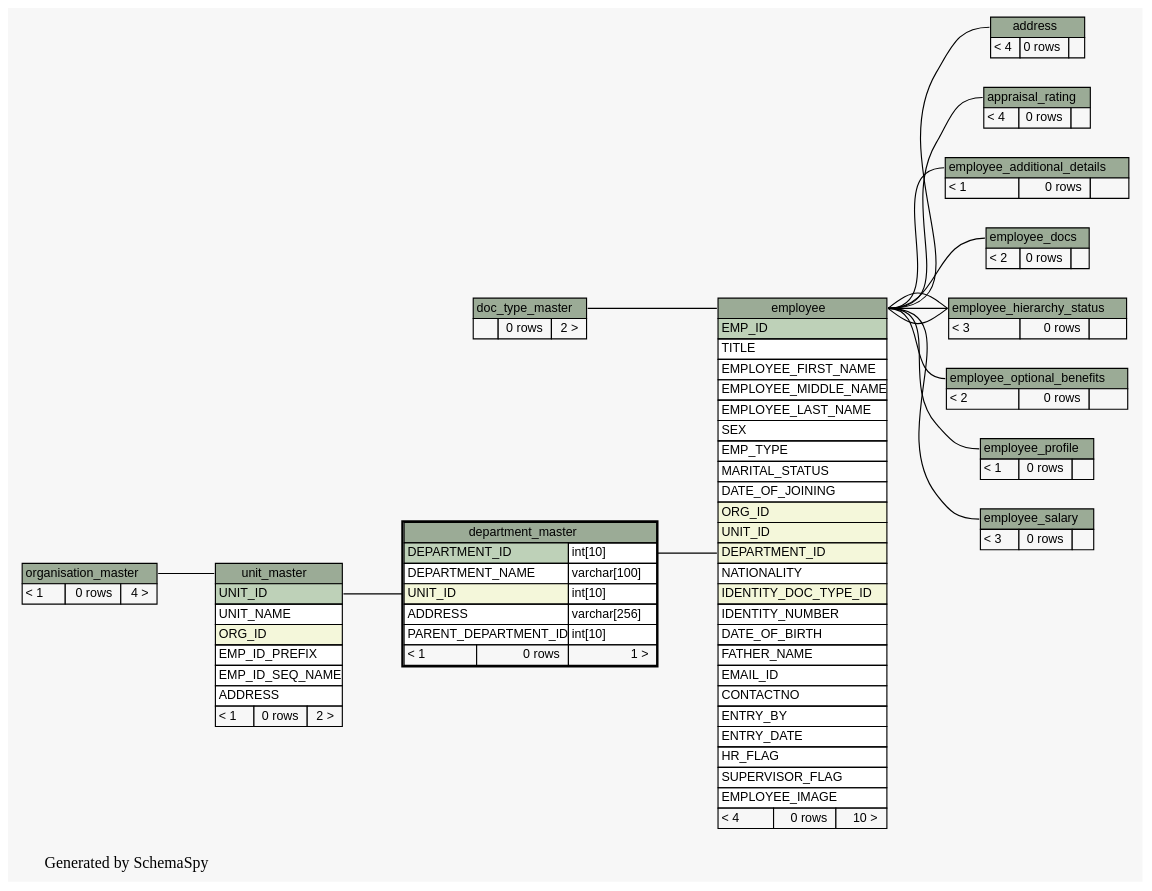
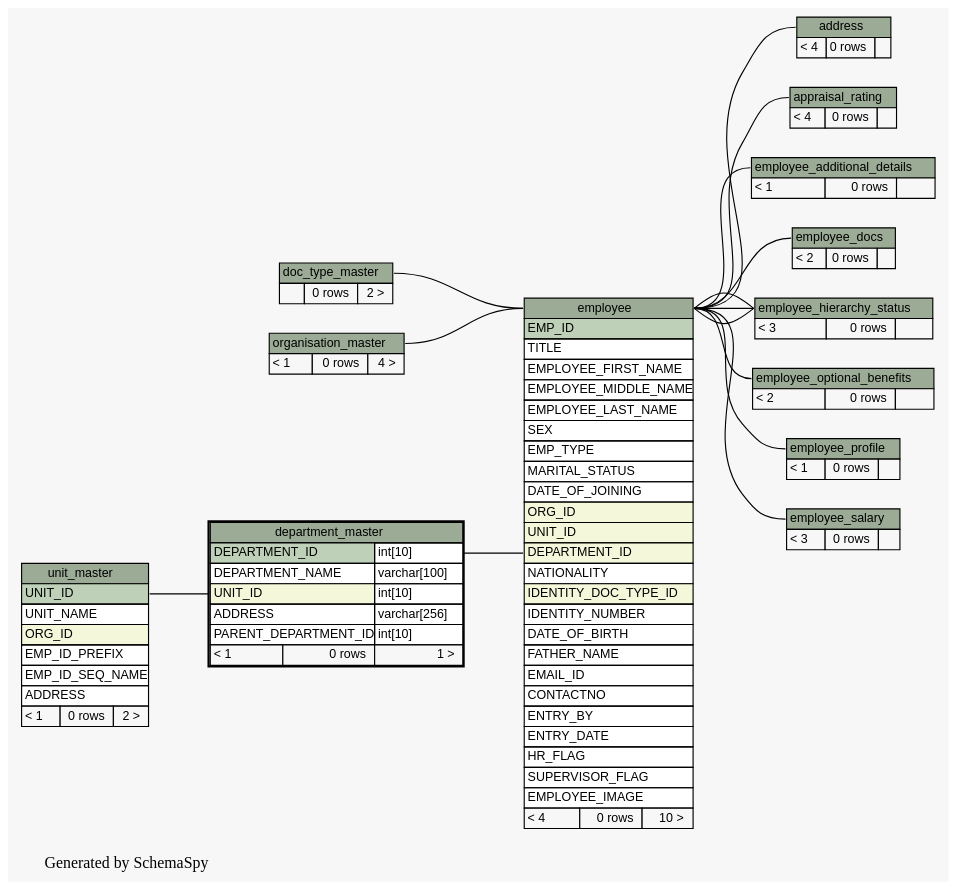
The diagram in docs/database/schemaspy/graphs/department_master.2degrees.dot (engineerscraft/hrms), drawn with Graphviz before and after one commit. The commit also changed 94 other files, not shown here.

```diff
--- a/docs/database/schemaspy/graphs/department_master.2degrees.dot
+++ b/docs/database/schemaspy/graphs/department_master.2degrees.dot
@@ -1,183 +1,183 @@
 // dot 2.38.0 on Windows 7 6.1
 digraph "twoDegreesRelationshipsGraph" {
   graph [
     rankdir="RL"
     bgcolor="#f7f7f7"
     label="\nGenerated by SchemaSpy"
     labeljust="l"
   ];
   node [
     fontname="Helvetica"
     fontsize="11"
     shape="plaintext"
   ];
   edge [
     arrowsize="0.8"
   ];
   "address":"address.heading":w -> "employee":"employee.heading":e [arrowtail=tee arrowhead=none];
   "appraisal_rating":"appraisal_rating.heading":w -> "employee":"employee.heading":e [arrowtail=crowtee arrowhead=none];
   "department_master":"UNIT_ID":w -> "unit_master":"UNIT_ID":e [arrowtail=crowodot arrowhead=none];
   "employee":"DEPARTMENT_ID":w -> "department_master":"DEPARTMENT_ID.type":e [arrowtail=crowodot arrowhead=none];
   "employee":"employee.heading":w -> "doc_type_master":"doc_type_master.heading":e [arrowtail=crowodot arrowhead=none];
+  "employee":"employee.heading":w -> "organisation_master":"organisation_master.heading":e [arrowtail=crowodot arrowhead=none];
   "employee_additional_details":"employee_additional_details.heading":w -> "employee":"employee.heading":e [arrowtail=tee arrowhead=none];
   "employee_docs":"employee_docs.heading":w -> "employee":"employee.heading":e [arrowtail=crowtee arrowhead=none];
   "employee_hierarchy_status":"employee_hierarchy_status.heading":w -> "employee":"employee.heading":e [arrowtail=tee arrowhead=none];
   "employee_hierarchy_status":"employee_hierarchy_status.heading":w -> "employee":"employee.heading":e [arrowtail=crowodot arrowhead=none];
   "employee_hierarchy_status":"employee_hierarchy_status.heading":w -> "employee":"employee.heading":e [arrowtail=crowodot arrowhead=none];
   "employee_optional_benefits":"employee_optional_benefits.heading":w -> "employee":"employee.heading":e [arrowtail=crowodot arrowhead=none];
   "employee_profile":"employee_profile.heading":w -> "employee":"employee.heading":e [arrowtail=tee arrowhead=none];
   "employee_salary":"employee_salary.heading":w -> "employee":"employee.heading":e [arrowtail=crowtee arrowhead=none];
-  "unit_master":"unit_master.heading":w -> "organisation_master":"organisation_master.heading":e [arrowtail=crowodot arrowhead=none];
   "address" [
     label=<
     <TABLE BORDER="0" CELLBORDER="1" CELLSPACING="0" BGCOLOR="#ffffff">
       <TR><TD PORT="address.heading" COLSPAN="3" BGCOLOR="#9bab96" ALIGN="CENTER">address</TD></TR>
       <TR><TD ALIGN="LEFT" BGCOLOR="#f7f7f7">&lt; 4</TD><TD ALIGN="RIGHT" BGCOLOR="#f7f7f7">0 rows</TD><TD ALIGN="RIGHT" BGCOLOR="#f7f7f7">  </TD></TR>
     </TABLE>>
     URL="address.html#graph"
     tooltip="address"
   ];
   "appraisal_rating" [
     label=<
     <TABLE BORDER="0" CELLBORDER="1" CELLSPACING="0" BGCOLOR="#ffffff">
       <TR><TD PORT="appraisal_rating.heading" COLSPAN="3" BGCOLOR="#9bab96" ALIGN="CENTER">appraisal_rating</TD></TR>
       <TR><TD ALIGN="LEFT" BGCOLOR="#f7f7f7">&lt; 4</TD><TD ALIGN="RIGHT" BGCOLOR="#f7f7f7">0 rows</TD><TD ALIGN="RIGHT" BGCOLOR="#f7f7f7">  </TD></TR>
     </TABLE>>
     URL="appraisal_rating.html#graph"
     tooltip="appraisal_rating"
   ];
   "department_master" [
     label=<
     <TABLE BORDER="2" CELLBORDER="1" CELLSPACING="0" BGCOLOR="#ffffff">
       <TR><TD PORT="department_master.heading" COLSPAN="3" BGCOLOR="#9bab96" ALIGN="CENTER">department_master</TD></TR>
       <TR><TD PORT="DEPARTMENT_ID" COLSPAN="2" BGCOLOR="#bed1b8" ALIGN="LEFT">DEPARTMENT_ID</TD><TD PORT="DEPARTMENT_ID.type" ALIGN="LEFT">int[10]</TD></TR>
       <TR><TD PORT="DEPARTMENT_NAME" COLSPAN="2" ALIGN="LEFT">DEPARTMENT_NAME</TD><TD PORT="DEPARTMENT_NAME.type" ALIGN="LEFT">varchar[100]</TD></TR>
       <TR><TD PORT="UNIT_ID" COLSPAN="2" BGCOLOR="#f4f7da" ALIGN="LEFT">UNIT_ID</TD><TD PORT="UNIT_ID.type" ALIGN="LEFT">int[10]</TD></TR>
       <TR><TD PORT="ADDRESS" COLSPAN="2" ALIGN="LEFT">ADDRESS</TD><TD PORT="ADDRESS.type" ALIGN="LEFT">varchar[256]</TD></TR>
       <TR><TD PORT="PARENT_DEPARTMENT_ID" COLSPAN="2" ALIGN="LEFT">PARENT_DEPARTMENT_ID</TD><TD PORT="PARENT_DEPARTMENT_ID.type" ALIGN="LEFT">int[10]</TD></TR>
       <TR><TD ALIGN="LEFT" BGCOLOR="#f7f7f7">&lt; 1</TD><TD ALIGN="RIGHT" BGCOLOR="#f7f7f7">0 rows</TD><TD ALIGN="RIGHT" BGCOLOR="#f7f7f7">1 &gt;</TD></TR>
     </TABLE>>
     URL="department_master.html#"
     tooltip="department_master"
   ];
   "doc_type_master" [
     label=<
     <TABLE BORDER="0" CELLBORDER="1" CELLSPACING="0" BGCOLOR="#ffffff">
       <TR><TD PORT="doc_type_master.heading" COLSPAN="3" BGCOLOR="#9bab96" ALIGN="CENTER">doc_type_master</TD></TR>
       <TR><TD ALIGN="LEFT" BGCOLOR="#f7f7f7">  </TD><TD ALIGN="RIGHT" BGCOLOR="#f7f7f7">0 rows</TD><TD ALIGN="RIGHT" BGCOLOR="#f7f7f7">2 &gt;</TD></TR>
     </TABLE>>
     URL="doc_type_master.html#graph"
     tooltip="doc_type_master"
   ];
   "employee" [
     label=<
     <TABLE BORDER="0" CELLBORDER="1" CELLSPACING="0" BGCOLOR="#ffffff">
       <TR><TD PORT="employee.heading" COLSPAN="3" BGCOLOR="#9bab96" ALIGN="CENTER">employee</TD></TR>
       <TR><TD PORT="EMP_ID" COLSPAN="3" BGCOLOR="#bed1b8" ALIGN="LEFT">EMP_ID</TD></TR>
       <TR><TD PORT="TITLE" COLSPAN="3" ALIGN="LEFT">TITLE</TD></TR>
       <TR><TD PORT="EMPLOYEE_FIRST_NAME" COLSPAN="3" ALIGN="LEFT">EMPLOYEE_FIRST_NAME</TD></TR>
       <TR><TD PORT="EMPLOYEE_MIDDLE_NAME" COLSPAN="3" ALIGN="LEFT">EMPLOYEE_MIDDLE_NAME</TD></TR>
       <TR><TD PORT="EMPLOYEE_LAST_NAME" COLSPAN="3" ALIGN="LEFT">EMPLOYEE_LAST_NAME</TD></TR>
       <TR><TD PORT="SEX" COLSPAN="3" ALIGN="LEFT">SEX</TD></TR>
       <TR><TD PORT="EMP_TYPE" COLSPAN="3" ALIGN="LEFT">EMP_TYPE</TD></TR>
       <TR><TD PORT="MARITAL_STATUS" COLSPAN="3" ALIGN="LEFT">MARITAL_STATUS</TD></TR>
       <TR><TD PORT="DATE_OF_JOINING" COLSPAN="3" ALIGN="LEFT">DATE_OF_JOINING</TD></TR>
       <TR><TD PORT="ORG_ID" COLSPAN="3" BGCOLOR="#f4f7da" ALIGN="LEFT">ORG_ID</TD></TR>
       <TR><TD PORT="UNIT_ID" COLSPAN="3" BGCOLOR="#f4f7da" ALIGN="LEFT">UNIT_ID</TD></TR>
       <TR><TD PORT="DEPARTMENT_ID" COLSPAN="3" BGCOLOR="#f4f7da" ALIGN="LEFT">DEPARTMENT_ID</TD></TR>
       <TR><TD PORT="NATIONALITY" COLSPAN="3" ALIGN="LEFT">NATIONALITY</TD></TR>
       <TR><TD PORT="IDENTITY_DOC_TYPE_ID" COLSPAN="3" BGCOLOR="#f4f7da" ALIGN="LEFT">IDENTITY_DOC_TYPE_ID</TD></TR>
       <TR><TD PORT="IDENTITY_NUMBER" COLSPAN="3" ALIGN="LEFT">IDENTITY_NUMBER</TD></TR>
       <TR><TD PORT="DATE_OF_BIRTH" COLSPAN="3" ALIGN="LEFT">DATE_OF_BIRTH</TD></TR>
       <TR><TD PORT="FATHER_NAME" COLSPAN="3" ALIGN="LEFT">FATHER_NAME</TD></TR>
       <TR><TD PORT="EMAIL_ID" COLSPAN="3" ALIGN="LEFT">EMAIL_ID</TD></TR>
       <TR><TD PORT="CONTACTNO" COLSPAN="3" ALIGN="LEFT">CONTACTNO</TD></TR>
       <TR><TD PORT="ENTRY_BY" COLSPAN="3" ALIGN="LEFT">ENTRY_BY</TD></TR>
       <TR><TD PORT="ENTRY_DATE" COLSPAN="3" ALIGN="LEFT">ENTRY_DATE</TD></TR>
       <TR><TD PORT="HR_FLAG" COLSPAN="3" ALIGN="LEFT">HR_FLAG</TD></TR>
       <TR><TD PORT="SUPERVISOR_FLAG" COLSPAN="3" ALIGN="LEFT">SUPERVISOR_FLAG</TD></TR>
       <TR><TD PORT="EMPLOYEE_IMAGE" COLSPAN="3" ALIGN="LEFT">EMPLOYEE_IMAGE</TD></TR>
       <TR><TD ALIGN="LEFT" BGCOLOR="#f7f7f7">&lt; 4</TD><TD ALIGN="RIGHT" BGCOLOR="#f7f7f7">0 rows</TD><TD ALIGN="RIGHT" BGCOLOR="#f7f7f7">10 &gt;</TD></TR>
     </TABLE>>
     URL="employee.html#graph"
     tooltip="employee"
   ];
   "employee_additional_details" [
     label=<
     <TABLE BORDER="0" CELLBORDER="1" CELLSPACING="0" BGCOLOR="#ffffff">
       <TR><TD PORT="employee_additional_details.heading" COLSPAN="3" BGCOLOR="#9bab96" ALIGN="CENTER">employee_additional_details</TD></TR>
       <TR><TD ALIGN="LEFT" BGCOLOR="#f7f7f7">&lt; 1</TD><TD ALIGN="RIGHT" BGCOLOR="#f7f7f7">0 rows</TD><TD ALIGN="RIGHT" BGCOLOR="#f7f7f7">  </TD></TR>
     </TABLE>>
     URL="employee_additional_details.html#graph"
     tooltip="employee_additional_details"
   ];
   "employee_docs" [
     label=<
     <TABLE BORDER="0" CELLBORDER="1" CELLSPACING="0" BGCOLOR="#ffffff">
       <TR><TD PORT="employee_docs.heading" COLSPAN="3" BGCOLOR="#9bab96" ALIGN="CENTER">employee_docs</TD></TR>
       <TR><TD ALIGN="LEFT" BGCOLOR="#f7f7f7">&lt; 2</TD><TD ALIGN="RIGHT" BGCOLOR="#f7f7f7">0 rows</TD><TD ALIGN="RIGHT" BGCOLOR="#f7f7f7">  </TD></TR>
     </TABLE>>
     URL="employee_docs.html#graph"
     tooltip="employee_docs"
   ];
   "employee_hierarchy_status" [
     label=<
     <TABLE BORDER="0" CELLBORDER="1" CELLSPACING="0" BGCOLOR="#ffffff">
       <TR><TD PORT="employee_hierarchy_status.heading" COLSPAN="3" BGCOLOR="#9bab96" ALIGN="CENTER">employee_hierarchy_status</TD></TR>
       <TR><TD ALIGN="LEFT" BGCOLOR="#f7f7f7">&lt; 3</TD><TD ALIGN="RIGHT" BGCOLOR="#f7f7f7">0 rows</TD><TD ALIGN="RIGHT" BGCOLOR="#f7f7f7">  </TD></TR>
     </TABLE>>
     URL="employee_hierarchy_status.html#graph"
     tooltip="employee_hierarchy_status"
   ];
   "employee_optional_benefits" [
     label=<
     <TABLE BORDER="0" CELLBORDER="1" CELLSPACING="0" BGCOLOR="#ffffff">
       <TR><TD PORT="employee_optional_benefits.heading" COLSPAN="3" BGCOLOR="#9bab96" ALIGN="CENTER">employee_optional_benefits</TD></TR>
       <TR><TD ALIGN="LEFT" BGCOLOR="#f7f7f7">&lt; 2</TD><TD ALIGN="RIGHT" BGCOLOR="#f7f7f7">0 rows</TD><TD ALIGN="RIGHT" BGCOLOR="#f7f7f7">  </TD></TR>
     </TABLE>>
     URL="employee_optional_benefits.html#graph"
     tooltip="employee_optional_benefits"
   ];
   "employee_profile" [
     label=<
     <TABLE BORDER="0" CELLBORDER="1" CELLSPACING="0" BGCOLOR="#ffffff">
       <TR><TD PORT="employee_profile.heading" COLSPAN="3" BGCOLOR="#9bab96" ALIGN="CENTER">employee_profile</TD></TR>
       <TR><TD ALIGN="LEFT" BGCOLOR="#f7f7f7">&lt; 1</TD><TD ALIGN="RIGHT" BGCOLOR="#f7f7f7">0 rows</TD><TD ALIGN="RIGHT" BGCOLOR="#f7f7f7">  </TD></TR>
     </TABLE>>
     URL="employee_profile.html#graph"
     tooltip="employee_profile"
   ];
   "employee_salary" [
     label=<
     <TABLE BORDER="0" CELLBORDER="1" CELLSPACING="0" BGCOLOR="#ffffff">
       <TR><TD PORT="employee_salary.heading" COLSPAN="3" BGCOLOR="#9bab96" ALIGN="CENTER">employee_salary</TD></TR>
       <TR><TD ALIGN="LEFT" BGCOLOR="#f7f7f7">&lt; 3</TD><TD ALIGN="RIGHT" BGCOLOR="#f7f7f7">0 rows</TD><TD ALIGN="RIGHT" BGCOLOR="#f7f7f7">  </TD></TR>
     </TABLE>>
     URL="employee_salary.html#graph"
     tooltip="employee_salary"
   ];
   "organisation_master" [
     label=<
     <TABLE BORDER="0" CELLBORDER="1" CELLSPACING="0" BGCOLOR="#ffffff">
       <TR><TD PORT="organisation_master.heading" COLSPAN="3" BGCOLOR="#9bab96" ALIGN="CENTER">organisation_master</TD></TR>
       <TR><TD ALIGN="LEFT" BGCOLOR="#f7f7f7">&lt; 1</TD><TD ALIGN="RIGHT" BGCOLOR="#f7f7f7">0 rows</TD><TD ALIGN="RIGHT" BGCOLOR="#f7f7f7">4 &gt;</TD></TR>
     </TABLE>>
     URL="organisation_master.html#graph"
     tooltip="organisation_master"
   ];
   "unit_master" [
     label=<
     <TABLE BORDER="0" CELLBORDER="1" CELLSPACING="0" BGCOLOR="#ffffff">
       <TR><TD PORT="unit_master.heading" COLSPAN="3" BGCOLOR="#9bab96" ALIGN="CENTER">unit_master</TD></TR>
       <TR><TD PORT="UNIT_ID" COLSPAN="3" BGCOLOR="#bed1b8" ALIGN="LEFT">UNIT_ID</TD></TR>
       <TR><TD PORT="UNIT_NAME" COLSPAN="3" ALIGN="LEFT">UNIT_NAME</TD></TR>
       <TR><TD PORT="ORG_ID" COLSPAN="3" BGCOLOR="#f4f7da" ALIGN="LEFT">ORG_ID</TD></TR>
       <TR><TD PORT="EMP_ID_PREFIX" COLSPAN="3" ALIGN="LEFT">EMP_ID_PREFIX</TD></TR>
       <TR><TD PORT="EMP_ID_SEQ_NAME" COLSPAN="3" ALIGN="LEFT">EMP_ID_SEQ_NAME</TD></TR>
       <TR><TD PORT="ADDRESS" COLSPAN="3" ALIGN="LEFT">ADDRESS</TD></TR>
       <TR><TD ALIGN="LEFT" BGCOLOR="#f7f7f7">&lt; 1</TD><TD ALIGN="RIGHT" BGCOLOR="#f7f7f7">0 rows</TD><TD ALIGN="RIGHT" BGCOLOR="#f7f7f7">2 &gt;</TD></TR>
     </TABLE>>
     URL="unit_master.html#graph"
     tooltip="unit_master"
   ];
 }
```
